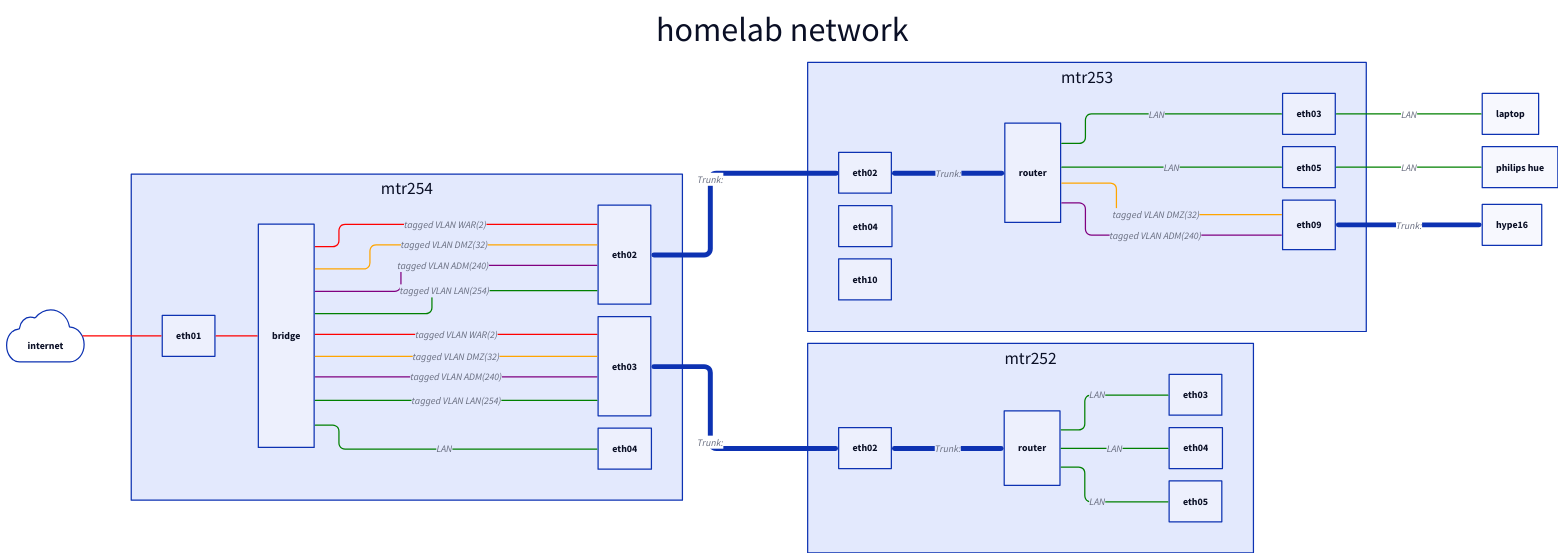
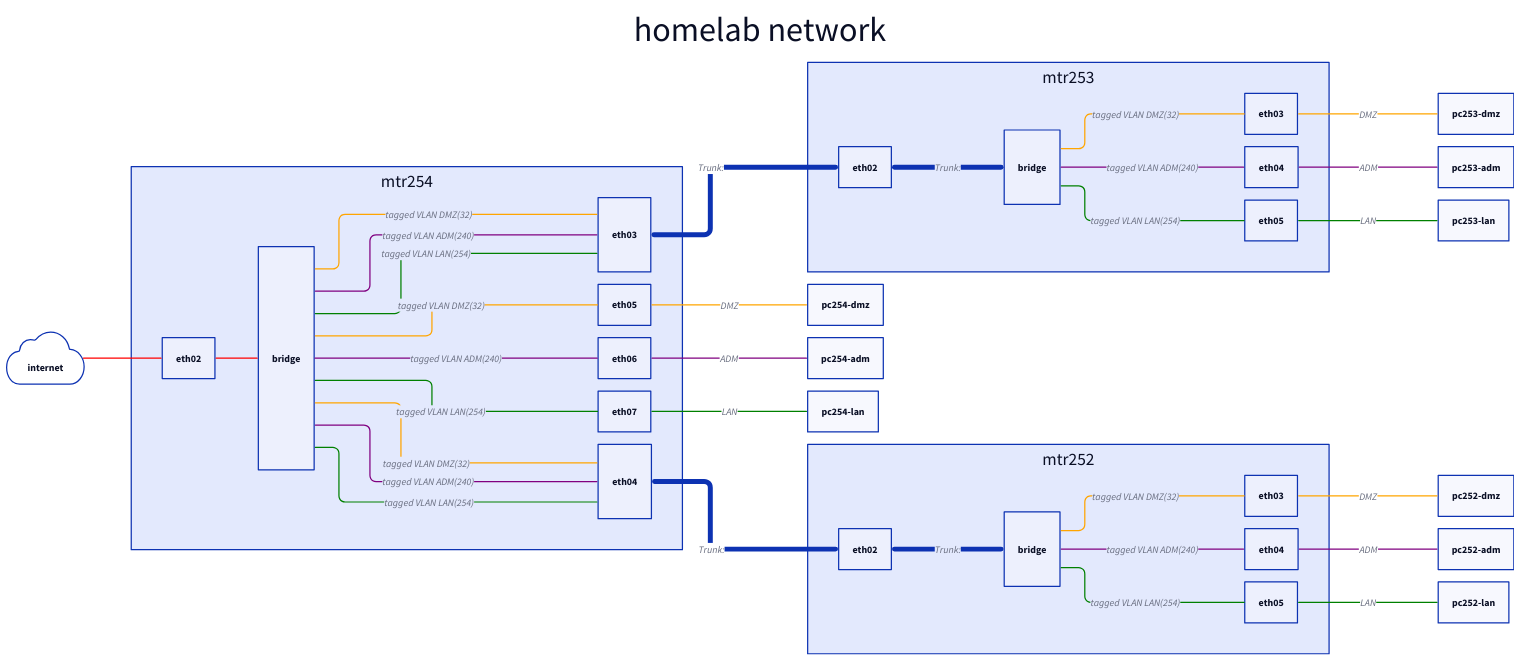
Before and after one commit to badele/network-lab: the diagram in mikrotik-ipv4-vlan-homelab/diagram.d2, drawn with D2. The commit also changed 10 other files, not shown here.

```diff
--- a/mikrotik-ipv4-vlan-homelab/diagram.d2
+++ b/mikrotik-ipv4-vlan-homelab/diagram.d2
@@ -1,76 +1,61 @@
 # d2 ~/ghq/github.com/badele/nix-homelab/docs/network.d2
 
 direction: right
 vars: {
   d2-config: {
     layout-engine: elk
   }
 }
 
 title: homelab network {
   shape: text
   near: top-center
   style: {
     font-size: 55
   }
 }
 
 internet: internet
 internet.shape: cloud
 
-# vlan-adm
-
-mtr254: {
-  eth01
-  eth02
-  eth03
-  eth04
-}
-
-mtr253: {
-  eth02
-  eth03
-  eth04
-  eth05
-  eth09
-  eth10
-}
-
-mtr252: {
-  eth02
-  eth03
-  eth04
-  eth05
-}
+# Routers
+mtr254
+mtr253
+mtr252
 
 # mtr254
-internet -- mtr254.eth01 -- mtr254.bridge: {style.stroke: red}
-mtr254.bridge -- mtr254.eth02: tagged VLAN WAR(2) {style.stroke: red}
-mtr254.bridge -- mtr254.eth02: tagged VLAN DMZ(32) {style.stroke: orange}
-mtr254.bridge -- mtr254.eth02: tagged VLAN ADM(240) {style.stroke: purple}
-mtr254.bridge -- mtr254.eth02: tagged VLAN LAN(254) {style.stroke: green}
-
-mtr254.bridge -- mtr254.eth03: tagged VLAN WAR(2) {style.stroke: red}
+internet -- mtr254.eth02 -- mtr254.bridge: {style.stroke: red}
 mtr254.bridge -- mtr254.eth03: tagged VLAN DMZ(32) {style.stroke: orange}
 mtr254.bridge -- mtr254.eth03: tagged VLAN ADM(240) {style.stroke: purple}
 mtr254.bridge -- mtr254.eth03: tagged VLAN LAN(254) {style.stroke: green}
+mtr254.bridge -- mtr254.eth05: tagged VLAN DMZ(32) {style.stroke: orange}
+mtr254.bridge -- mtr254.eth06: tagged VLAN ADM(240) {style.stroke: purple}
+mtr254.bridge -- mtr254.eth07: tagged VLAN LAN(254) {style.stroke: green}
 
-mtr254.bridge -- mtr254.eth04: LAN {style.stroke: green}
-mtr254.eth02 -- mtr253.eth02: Trunk: {style.stroke-width: 8}
-mtr254.eth03 -- mtr252.eth02: Trunk: {style.stroke-width: 8}
+mtr254.bridge -- mtr254.eth04: tagged VLAN DMZ(32) {style.stroke: orange}
+mtr254.bridge -- mtr254.eth04: tagged VLAN ADM(240) {style.stroke: purple}
+mtr254.bridge -- mtr254.eth04: tagged VLAN LAN(254) {style.stroke: green}
+
+mtr254.eth03 -- mtr253.eth02: Trunk: {style.stroke-width: 8}
+mtr254.eth04 -- mtr252.eth02: Trunk: {style.stroke-width: 8}
+mtr254.eth05 -- pc254-dmz: DMZ {style.stroke: orange}
+mtr254.eth06 -- pc254-adm: ADM {style.stroke: purple}
+mtr254.eth07 -- pc254-lan: LAN {style.stroke: green}
 
 # mtr253
-mtr253.eth02 -- mtr253.router: Trunk: {style.stroke-width: 8}
-mtr253.router -- mtr253.eth03: LAN {style.stroke: green}
-mtr253.router -- mtr253.eth05: LAN {style.stroke: green}
-mtr253.router -- mtr253.eth09: tagged VLAN DMZ(32) {style.stroke: orange}
-mtr253.router -- mtr253.eth09: tagged VLAN ADM(240) {style.stroke: purple}
-mtr253.eth03 -- laptop: LAN {style.stroke: green}
-mtr253.eth05 -- philips hue: LAN {style.stroke: green}
-mtr253.eth09 -- hype16: Trunk: {style.stroke-width: 8}
+mtr253.eth02 -- mtr253.bridge: Trunk: {style.stroke-width: 8}
+mtr253.bridge -- mtr253.eth03: tagged VLAN DMZ(32) {style.stroke: orange}
+mtr253.bridge -- mtr253.eth04: tagged VLAN ADM(240) {style.stroke: purple}
+mtr253.bridge -- mtr253.eth05: tagged VLAN LAN(254) {style.stroke: green}
+mtr253.eth03 -- pc253-dmz: DMZ {style.stroke: orange}
+mtr253.eth04 -- pc253-adm: ADM {style.stroke: purple}
+mtr253.eth05 -- pc253-lan: LAN {style.stroke: green}
 
 # mtr252
-mtr252.eth02 -- mtr252.router: Trunk: {style.stroke-width: 8}
-mtr252.router -- mtr252.eth03: LAN {style.stroke: green}
-mtr252.router -- mtr252.eth04: LAN {style.stroke: green}
-mtr252.router -- mtr252.eth05: LAN {style.stroke: green}
+mtr252.eth02 -- mtr252.bridge: Trunk: {style.stroke-width: 8}
+mtr252.bridge -- mtr252.eth03: tagged VLAN DMZ(32) {style.stroke: orange}
+mtr252.bridge -- mtr252.eth04: tagged VLAN ADM(240) {style.stroke: purple}
+mtr252.bridge -- mtr252.eth05: tagged VLAN LAN(254) {style.stroke: green}
+mtr252.eth03 -- pc252-dmz: DMZ {style.stroke: orange}
+mtr252.eth04 -- pc252-adm: ADM {style.stroke: purple}
+mtr252.eth05 -- pc252-lan: LAN {style.stroke: green}
```
